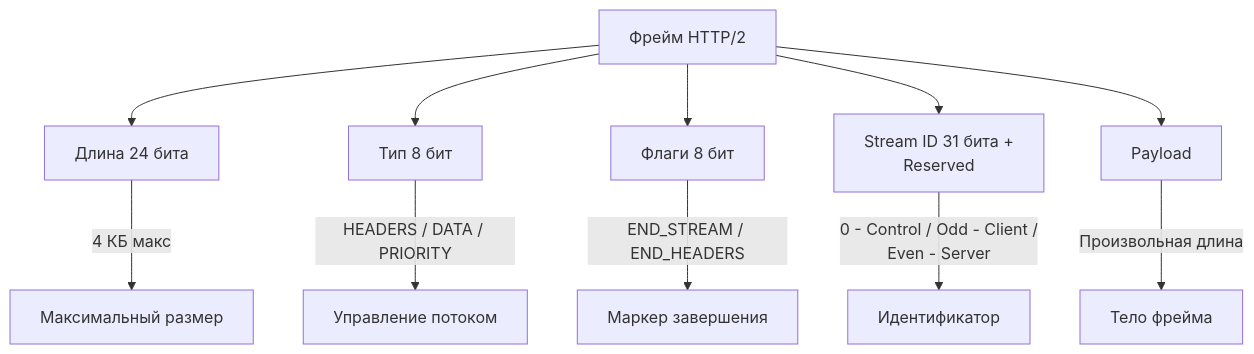
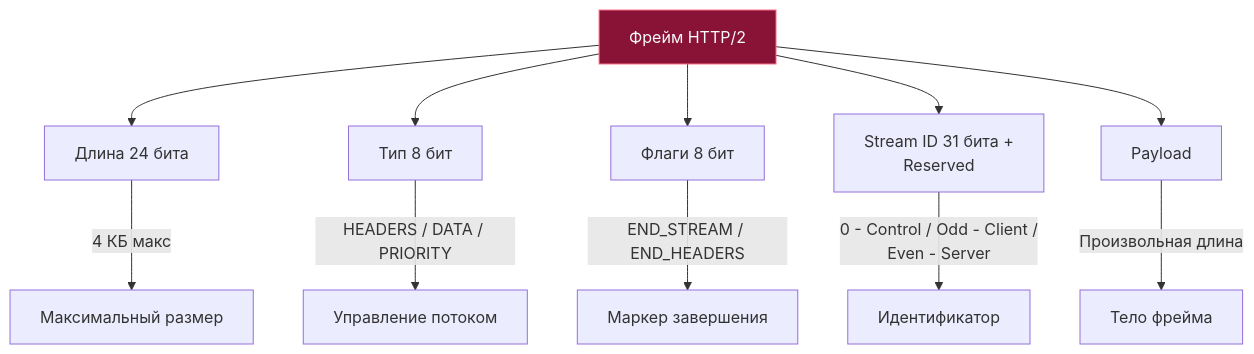
One commit to UnrealTemplier/go-textbook changed the second of 5 diagrams in sources/3. Компьютерные сети и сетевой стек/22. HTTP 2. Multiplexing, Frames, HPACK.md. Above: the diagram before and after it, drawn with Mermaid. The commit also changed other lines of this file and 1666 other files, not shown here.

First line of the commit message:
feat(mermaid): add semantic color classDef to 1369 colorless flowchart/graph diagrams

````diff
--- a/sources/3. Компьютерные сети и сетевой стек/22. HTTP 2. Multiplexing, Frames, HPACK.md
+++ b/sources/3. Компьютерные сети и сетевой стек/22. HTTP 2. Multiplexing, Frames, HPACK.md
@@ -38,14 +48,24 @@
 ```mermaid
 flowchart TD
-    A["Фрейм HTTP/2"] --> B["Длина 24 бита"]
+    classDef process  fill:#1e293b,stroke:#38bdf8,stroke-width:1px,color:#f8fafc
+    classDef success  fill:#064e3b,stroke:#34d399,stroke-width:1px,color:#f8fafc
+    classDef error    fill:#7f1d1d,stroke:#f87171,stroke-width:1px,color:#f8fafc
+    classDef warning  fill:#78350f,stroke:#fbbf24,stroke-width:1px,color:#f8fafc
+    classDef entry    fill:#1e3a5f,stroke:#38bdf8,stroke-width:2px,color:#f8fafc
+    classDef aux      fill:#334155,stroke:#64748b,stroke-width:1px,color:#f8fafc
+    classDef system   fill:#312e81,stroke:#a78bfa,stroke-width:1px,color:#f8fafc
+    classDef data     fill:#132d29,stroke:#2dd4bf,stroke-width:1px,color:#f8fafc
+    classDef network  fill:#881337,stroke:#fb7185,stroke-width:1px,color:#f8fafc
+    classDef accent   fill:#1e1b4b,stroke:#818cf8,stroke-width:1px,color:#f8fafc
+    A["Фрейм HTTP/2"]:::network --> B["Длина 24 бита"]
     A --> C["Тип 8 бит"]
     A --> D["Флаги 8 бит"]
     A --> E["Stream ID 31 бита +<br>Reserved"]
     A --> F["Payload"]
     
     B -->|"4 КБ макс"| G["Максимальный размер"]
     C -->|"HEADERS / DATA / PRIORITY"| H["Управление потоком"]
     D -->|"END_STREAM / END_HEADERS"| I["Маркер завершения"]
     E -->|"0 - Control / Odd - Client /<br>Even - Server"| J["Идентификатор"]
     F -->|"Произвольная длина"| K["Тело фрейма"]
 ```
````
